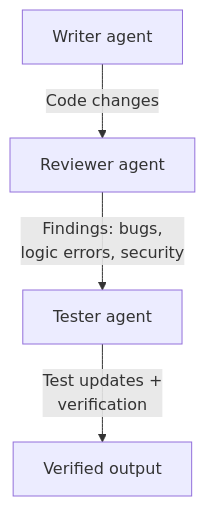
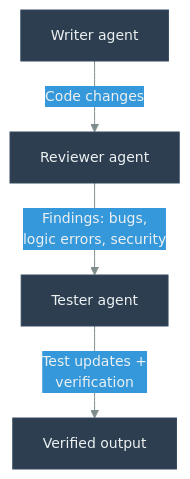
One commit to danielmeppiel/agentic-sdlc-handbook changed the first of 7 diagrams in handbook/ch12-multi-agent-orchestration.qmd. Above: the diagram before and after it, drawn with Mermaid. The commit also changed other lines of this file and 20 other files, not shown here.

First line of the commit message:
feat: add accessibility metadata and consistent theme to all 35 diagrams

````diff
--- a/handbook/ch12-multi-agent-orchestration.qmd
+++ b/handbook/ch12-multi-agent-orchestration.qmd
@@ -61,7 +61,11 @@
 ```{mermaid}
 %%| fig-width: 4.5
+%%| fig-cap: "Writer, Reviewer, Tester pattern"
+%%| fig-alt: "Flowchart showing a three-stage pipeline: Writer agent produces code changes, which flow to Reviewer agent that identifies bugs, logic errors, and security issues, which then flow to Tester agent that produces test updates and verification, ending at Verified output."
+%%| label: fig-writer-reviewer-tester
+%%{init: {'theme': 'base', 'themeVariables': {'primaryColor': '#2c3e50', 'primaryTextColor': '#ecf0f1', 'primaryBorderColor': '#34495e', 'lineColor': '#7f8c8d', 'secondaryColor': '#3498db', 'tertiaryColor': '#ecf0f1', 'fontSize': '14px'}}}%%
 flowchart TD
     W["Writer agent"] -->|"Code changes"| R["Reviewer agent"]
     R -->|"Findings: bugs,<br/>logic errors, security"| T["Tester agent"]
     T -->|"Test updates +<br/>verification"| Done["Verified output"]
 ```
````
